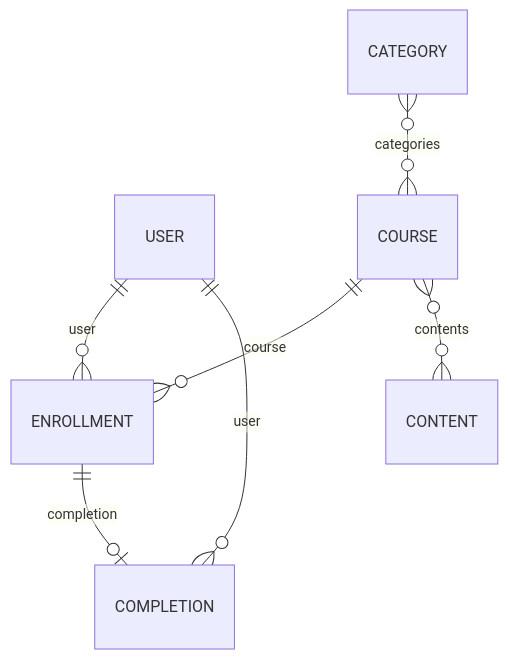
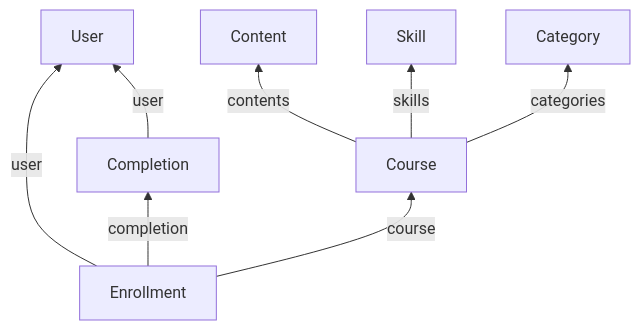
The diagram in guides/data-models/learning.mdx (kaval1810/bindbee-docs-test), drawn with Mermaid before and after one commit. The commit also changed other lines of this file and 61 other files, not shown here.

````diff
--- a/guides/data-models/learning.mdx
+++ b/guides/data-models/learning.mdx
@@ -27,9 +29,10 @@
 ```mermaid
-erDiagram
-    USER ||--o{ ENROLLMENT : "user"
-    COURSE ||--o{ ENROLLMENT : "course"
-    ENROLLMENT ||--o| COMPLETION : "completion"
-    USER ||--o{ COMPLETION : "user"
-    COURSE }o--o{ CONTENT : "contents"
-    CATEGORY }o--o{ COURSE : "categories"
+flowchart BT
+    ENROLLMENT[Enrollment] -->|user| USER[User]
+    ENROLLMENT -->|course| COURSE[Course]
+    ENROLLMENT -->|completion| COMPLETION[Completion]
+    COMPLETION -->|user| USER
+    COURSE -->|contents| CONTENT[Content]
+    COURSE -->|skills| SKILL[Skill]
+    COURSE -->|categories| CATEGORY[Category]
 ```
````
